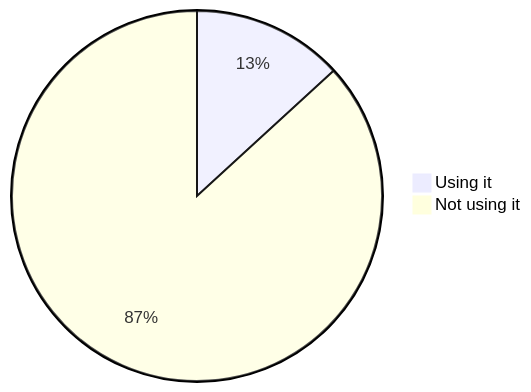
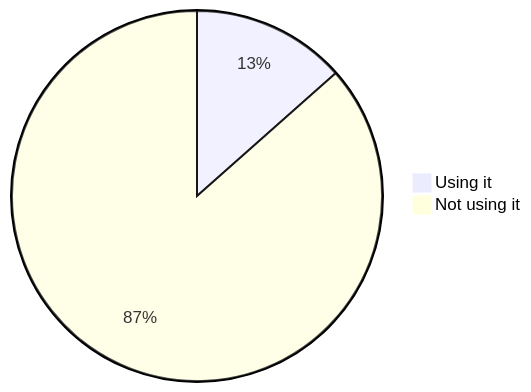
Diagram 13 of 22 in stats.md (oshp/oshp-stats), drawn with Mermaid before and after one commit. The commit also changed other lines of this file, not shown here.

````diff
--- a/stats.md
+++ b/stats.md
@@ -154,6 +154,6 @@
 ```mermaid
 pie
-	"Using it" : 13.19
-	"Not using it" : 86.81
+	"Using it" : 13.46
+	"Not using it" : 86.54
 
 ```
````
